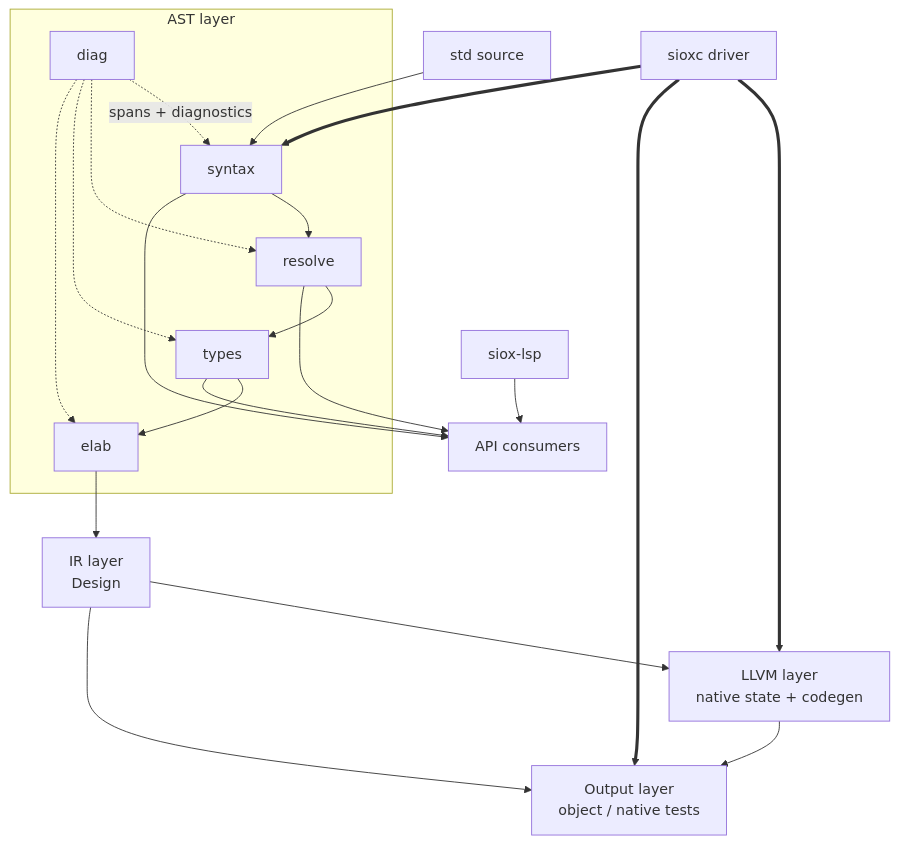
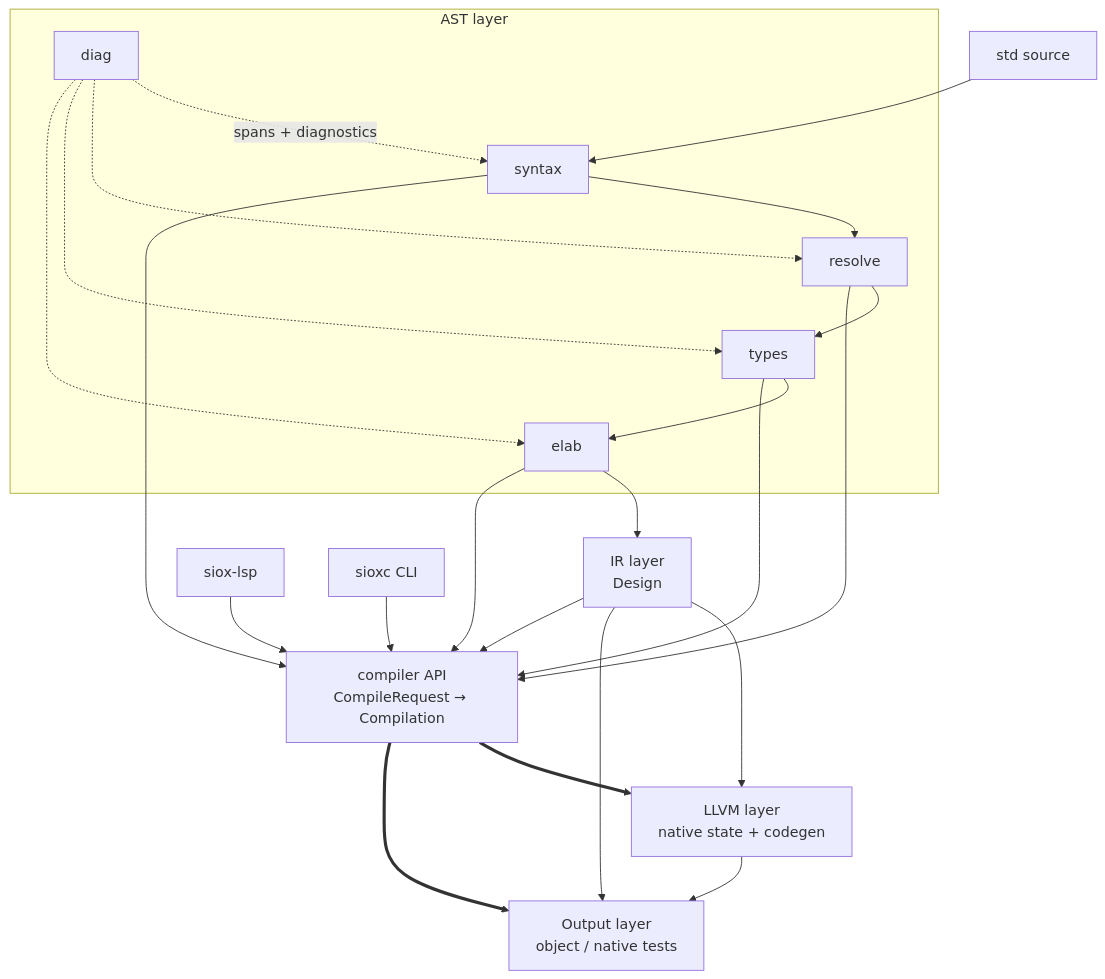
Before and after one commit to Siox-lang/sioxc: the first of 2 diagrams in docs/architecture.md, drawn with Mermaid. The commit also changed other lines of this file and 9 other files, not shown here.

Commit message:
add stable compiler embedding API

````diff
--- a/docs/architecture.md
+++ b/docs/architecture.md
@@ -17,22 +20,24 @@
 ```mermaid
 flowchart TB
     subgraph ASTL["AST layer"]
         SY["syntax"] --> RE["resolve"] --> TY["types"] --> EL["elab"]
         DIAG["diag"] -. spans + diagnostics .-> SY
         DIAG -.-> RE
         DIAG -.-> TY
         DIAG -.-> EL
     end
     EL --> IR["IR layer<br/>Design"]
     IR --> LL["LLVM layer<br/>native state + codegen"]
     LL --> OUT["Output layer<br/>object / native tests"]
     IR --> OUT
-    SY --> API["API consumers"]
+    IR --> API["compiler API<br/>CompileRequest → Compilation"]
+    EL --> API
+    TY --> API
     RE --> API
-    TY --> API
+    SY --> API
     LSP["siox-lsp"] --> API
     STD["std source"] --> SY
-    CLI["sioxc driver"] ==> SY
-    CLI ==> LL
-    CLI ==> OUT
+    CLI["sioxc CLI"] --> API
+    API ==> LL
+    API ==> OUT
 ```
````
